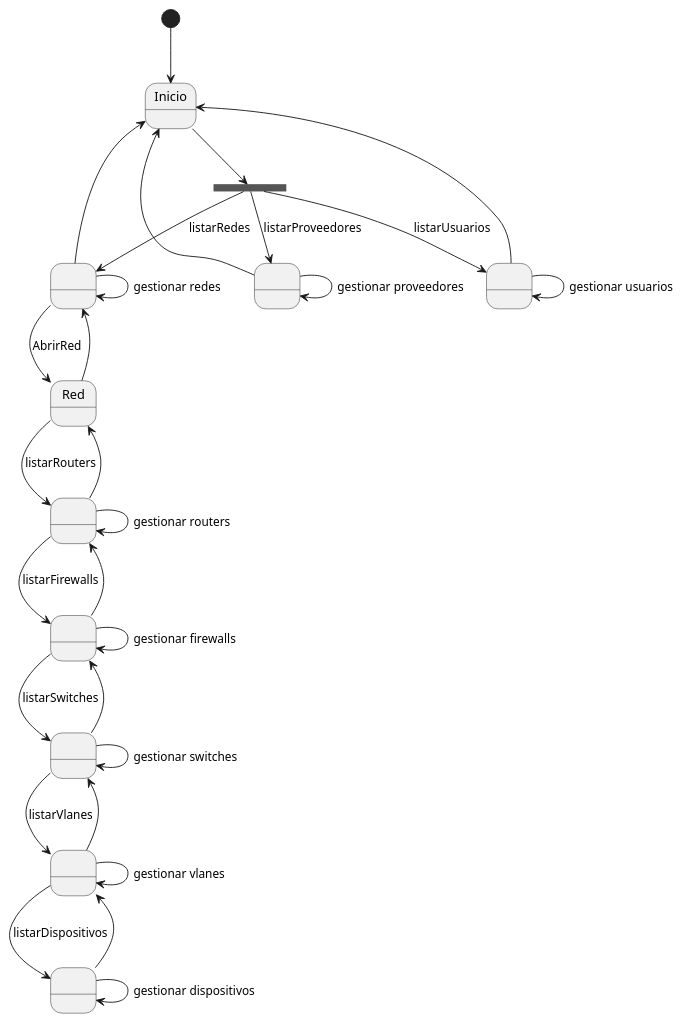
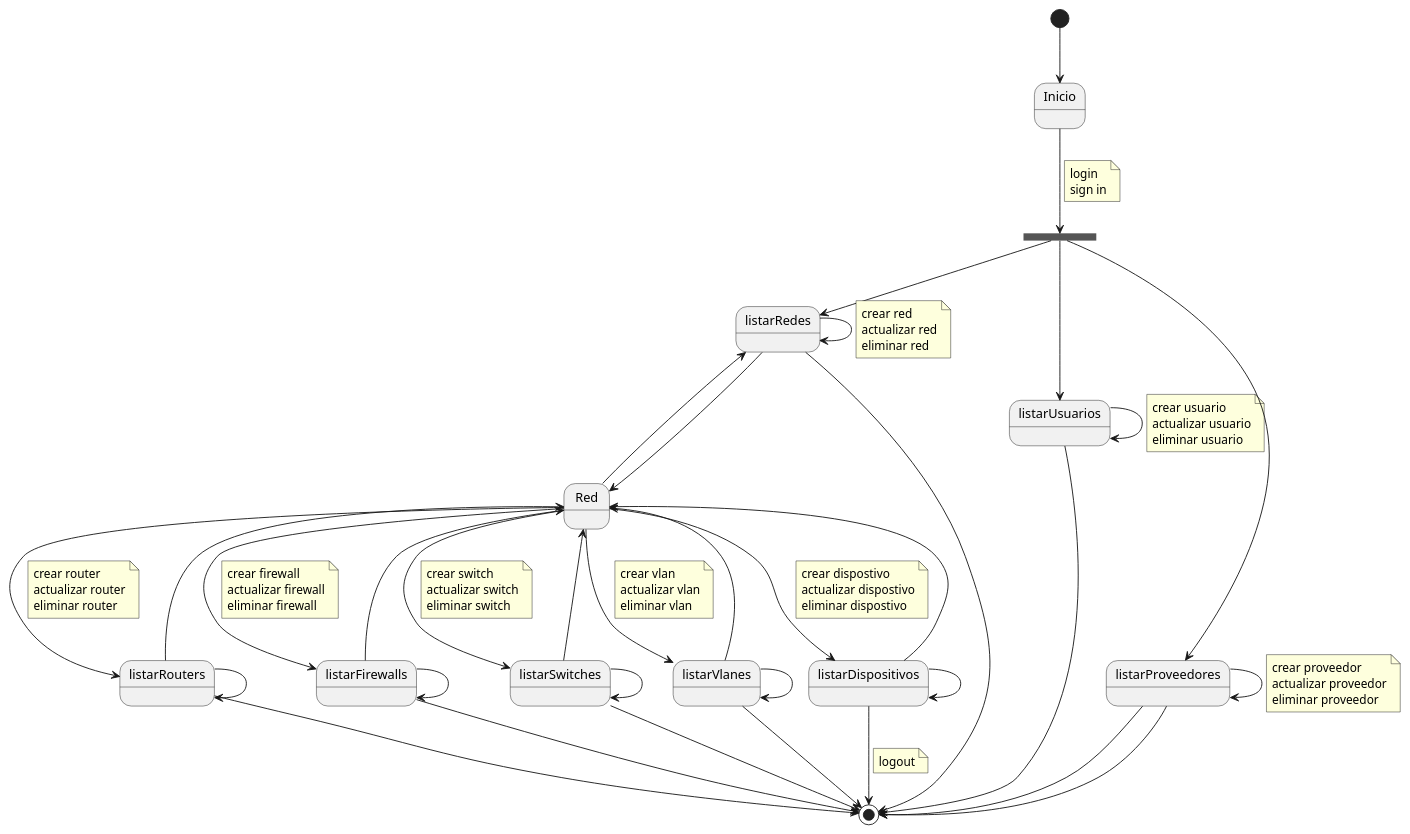
One commit to mmasias/IdSw1-22-23 changed the diagram in 000-entregas/diagramaDeEstados/DiagramaEstados.plantuml. Above: the diagram before and after it, drawn with PlantUML. The commit also changed 5 other files, not shown here.

```diff
--- a/000-entregas/diagramaDeEstados/DiagramaEstados.plantuml
+++ b/000-entregas/diagramaDeEstados/DiagramaEstados.plantuml
@@ -1,57 +1,105 @@
 @startuml DiagramaDeEstados
 
 state fork_state <<fork>>
 
-state NONAME_REDES as " "
-state NONAME_USUARIOS as " "
-state NONAME_DISPOSITIVOS as " "
-state NONAME_ROUTERS as " "
-state NONAME_PROVEEDORES as " "
-state NONAME_SWITCHES as " "
-state NONAME_VLANES as " "
-state NONAME_FIREWALL as " "
-
 [*] --> Inicio
 Inicio --> fork_state
+note on link 
+ login
+ sign in
+end note
 
 'Usuarios
-fork_state --> NONAME_USUARIOS: listarUsuarios
-NONAME_USUARIOS --> NONAME_USUARIOS: gestionar usuarios
-NONAME_USUARIOS -up-> Inicio
+fork_state --> listarUsuarios
+listarUsuarios --> listarUsuarios
+note on link 
+ crear usuario
+ actualizar usuario
+ eliminar usuario
+end note
+
 'Proveedores
-fork_state --> NONAME_PROVEEDORES: listarProveedores
-NONAME_PROVEEDORES --> NONAME_PROVEEDORES: gestionar proveedores
-NONAME_PROVEEDORES -up-> Inicio
+fork_state --> listarProveedores
+listarProveedores --> listarProveedores
+note on link 
+ crear proveedor
+ actualizar proveedor
+ eliminar proveedor
+end note
+
 'Redes
-fork_state --> NONAME_REDES: listarRedes
-NONAME_REDES --> NONAME_REDES: gestionar redes
-NONAME_REDES --> Red: AbrirRed
-NONAME_REDES <-r- Red
-NONAME_REDES -up-> Inicio
+fork_state --> listarRedes
+
+listarRedes --> listarRedes
+note on link 
+ crear red
+ actualizar red
+ eliminar red
+end note
+listarRedes --> Red
+listarRedes <-- Red
 
 'Routers
-Red --> NONAME_ROUTERS: listarRouters
-NONAME_ROUTERS --> NONAME_ROUTERS: gestionar routers 
-NONAME_ROUTERS --> Red
+Red --> listarRouters
+note on link 
+ crear router
+ actualizar router
+ eliminar router
+end note
+listarRouters --> listarRouters 
+listarRouters --> Red
 
 'Firewall
-NONAME_ROUTERS --> NONAME_FIREWALL: listarFirewalls
-NONAME_FIREWALL --> NONAME_FIREWALL: gestionar firewalls 
-NONAME_FIREWALL --> NONAME_ROUTERS
+Red --> listarFirewalls
+note on link 
+ crear firewall
+ actualizar firewall
+ eliminar firewall
+end note
+listarFirewalls --> listarFirewalls 
+listarFirewalls --> Red
 
 'Switches
-NONAME_FIREWALL --> NONAME_SWITCHES: listarSwitches
-NONAME_SWITCHES --> NONAME_SWITCHES: gestionar switches 
-NONAME_SWITCHES --> NONAME_FIREWALL
+Red --> listarSwitches
+note on link 
+ crear switch
+ actualizar switch
+ eliminar switch
+end note
+listarSwitches --> listarSwitches 
+listarSwitches --> Red
 
 'Vlanes
-NONAME_SWITCHES --> NONAME_VLANES: listarVlanes
-NONAME_VLANES --> NONAME_VLANES: gestionar vlanes 
-NONAME_VLANES --> NONAME_SWITCHES
+Red --> listarVlanes
+note on link 
+ crear vlan
+ actualizar vlan
+ eliminar vlan
+end note
+listarVlanes --> listarVlanes 
+listarVlanes --> Red
 
 'Dispositivos
-NONAME_VLANES --> NONAME_DISPOSITIVOS: listarDispositivos
-NONAME_DISPOSITIVOS --> NONAME_DISPOSITIVOS: gestionar dispositivos 
-NONAME_DISPOSITIVOS --> NONAME_VLANES
+Red --> listarDispositivos
+note on link 
+ crear dispostivo
+ actualizar dispostivo
+ eliminar dispostivo
+end note
+listarDispositivos --> listarDispositivos 
+listarDispositivos --> Red
+
+listarRedes --> [*]
+listarUsuarios --> [*]
+listarProveedores --> [*]
+listarProveedores --> [*]
+listarRouters --> [*]
+listarFirewalls --> [*]
+listarSwitches --> [*]
+listarVlanes --> [*]
+listarDispositivos --> [*]
+note on link 
+ logout
+end note
 
 @enduml
```
